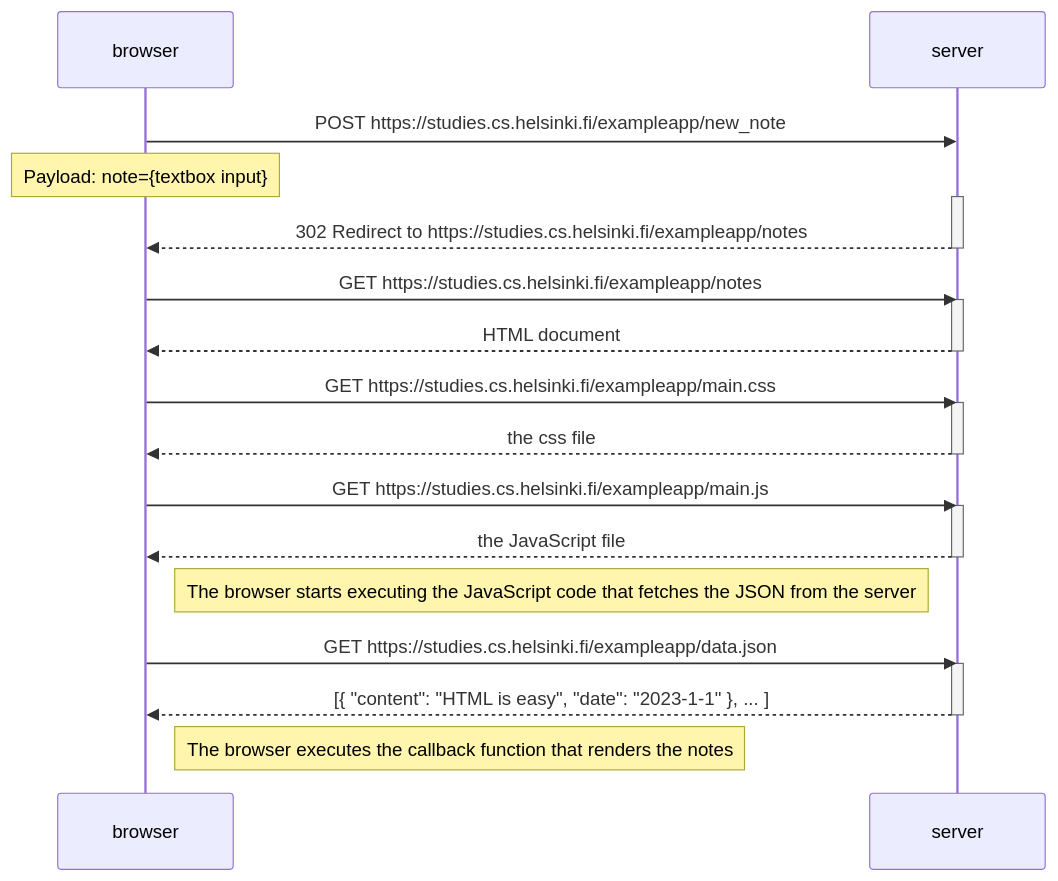
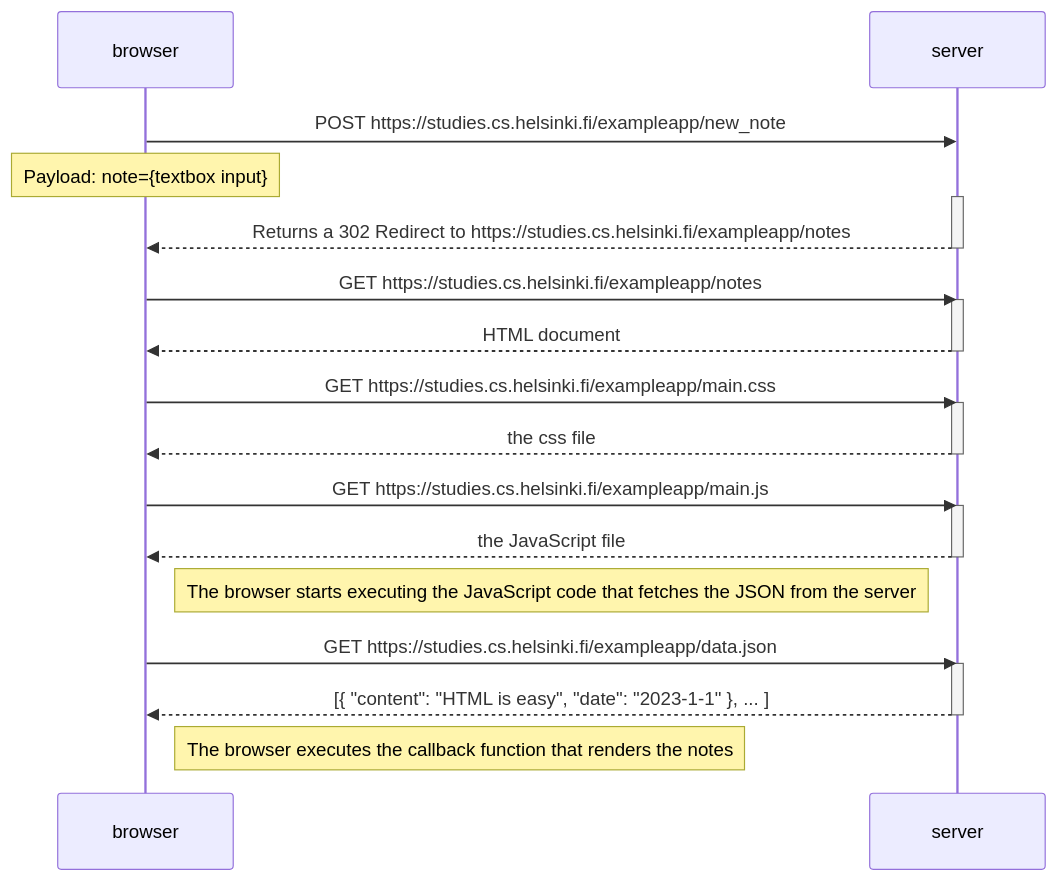
One commit to mdsahilak/FullStackOpen-Course changed the diagram in excercises/part0/ex0.4.md. Above: the diagram before and after it, drawn with Mermaid. The commit also changed 1 other file, not shown here.

````diff
--- a/excercises/part0/ex0.4.md
+++ b/excercises/part0/ex0.4.md
@@ -1,35 +1,35 @@
 ```mermaid
 sequenceDiagram
     participant browser
     participant server
 
     browser->>server: POST https://studies.cs.helsinki.fi/exampleapp/new_note
     Note over browser: Payload: note={textbox input}
     activate server
-    server-->>browser: 302 Redirect to https://studies.cs.helsinki.fi/exampleapp/notes
+    server-->>browser: Returns a 302 Redirect to https://studies.cs.helsinki.fi/exampleapp/notes
     deactivate server
 
     browser->>server: GET https://studies.cs.helsinki.fi/exampleapp/notes
     activate server
     server-->>browser: HTML document
     deactivate server
 
     browser->>server: GET https://studies.cs.helsinki.fi/exampleapp/main.css
     activate server
     server-->>browser: the css file
     deactivate server
 
     browser->>server: GET https://studies.cs.helsinki.fi/exampleapp/main.js
     activate server
     server-->>browser: the JavaScript file
     deactivate server
 
     Note right of browser: The browser starts executing the JavaScript code that fetches the JSON from the server
 
     browser->>server: GET https://studies.cs.helsinki.fi/exampleapp/data.json
     activate server
     server-->>browser: [{ "content": "HTML is easy", "date": "2023-1-1" }, ... ]
     deactivate server
 
     Note right of browser: The browser executes the callback function that renders the notes
 ```
````
